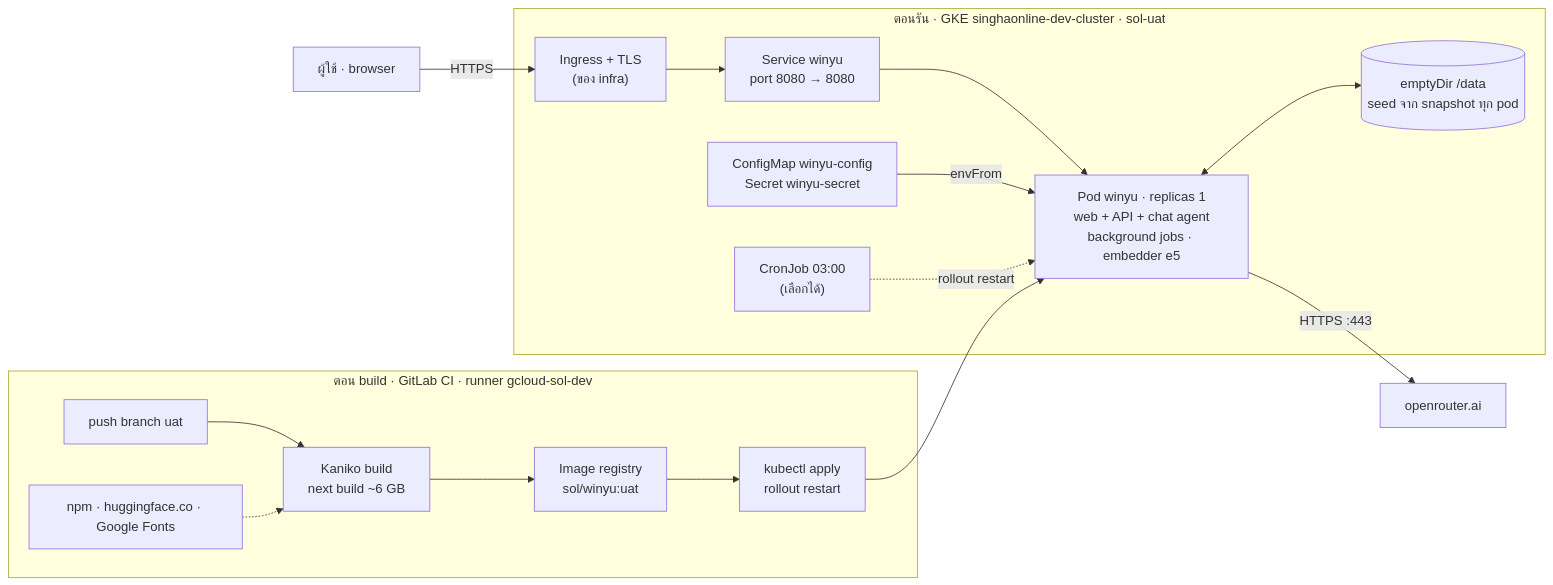
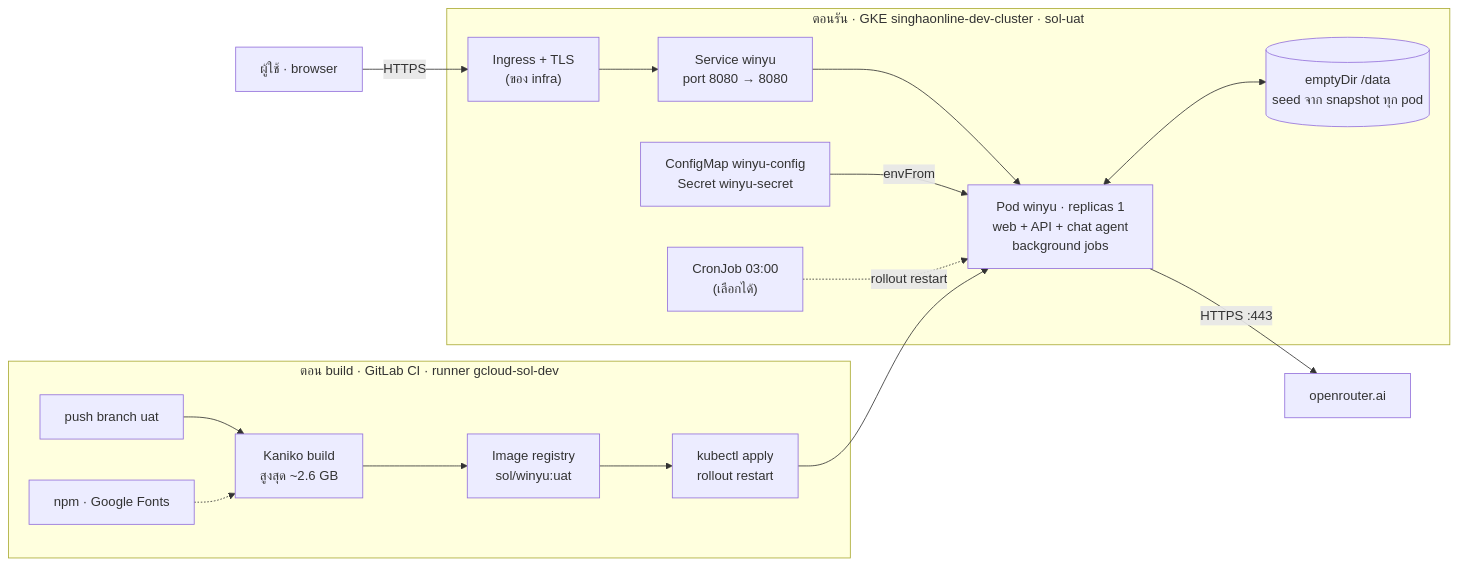
The diagram in docs/handoff-infra.md (GA-MO/winyu), drawn with Mermaid before and after one commit. The commit also changed other lines of this file and 19 other files, not shown here.

````diff
--- a/docs/handoff-infra.md
+++ b/docs/handoff-infra.md
@@ -38,19 +38,19 @@
 ```mermaid
 flowchart LR
 	subgraph build["ตอน build · GitLab CI · runner gcloud-sol-dev"]
-		push["push branch uat"] --> kaniko["Kaniko build<br/>next build ~6 GB"]
+		push["push branch uat"] --> kaniko["Kaniko build<br/>สูงสุด ~2.6 GB"]
 		kaniko --> registry["Image registry<br/>sol/winyu:uat"]
 		registry --> apply["kubectl apply<br/>rollout restart"]
-		npm["npm · huggingface.co · Google Fonts"] -.-> kaniko
+		npm["npm · Google Fonts"] -.-> kaniko
 	end
 	subgraph run["ตอนรัน · GKE singhaonline-dev-cluster · sol-uat"]
 		ingress["Ingress + TLS<br/>(ของ infra)"] --> service["Service winyu<br/>port 8080 → 8080"]
-		service --> pod["Pod winyu · replicas 1<br/>web + API + chat agent<br/>background jobs · embedder e5"]
+		service --> pod["Pod winyu · replicas 1<br/>web + API + chat agent<br/>background jobs"]
 		config["ConfigMap winyu-config<br/>Secret winyu-secret"] -->|envFrom| pod
 		pod <--> data[("emptyDir /data<br/>seed จาก snapshot ทุก pod")]
 		cron["CronJob 03:00<br/>(เลือกได้)"] -.->|rollout restart| pod
 	end
 	user["ผู้ใช้ · browser"] -->|HTTPS| ingress
 	apply --> pod
 	pod -->|HTTPS :443| openrouter["openrouter.ai"]
 ```
````
